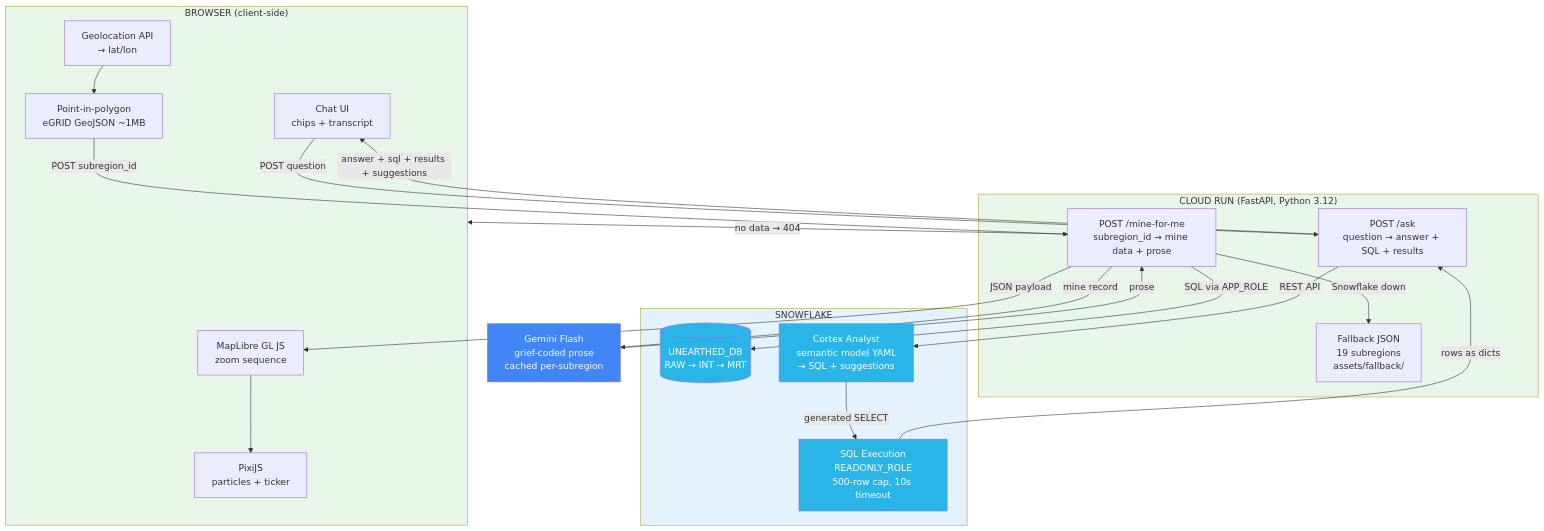
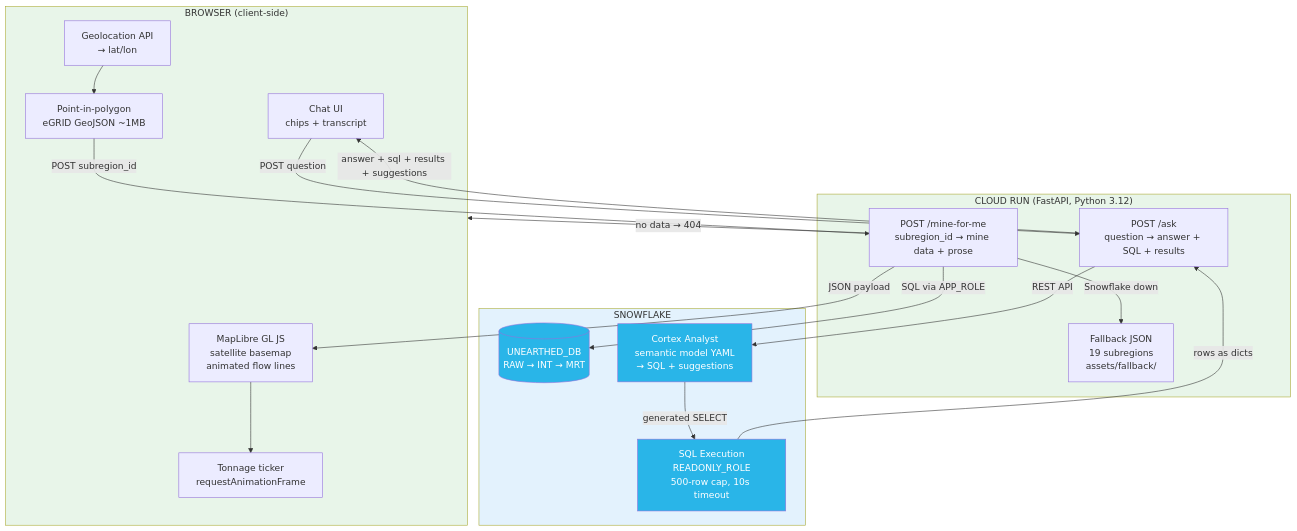
One commit to anchildress1/unearthed changed the first of 3 diagrams in system-diagram.md. Above: the diagram before and after it, drawn with Mermaid. The commit also changed other lines of this file and 24 other files, not shown here.

````diff
--- a/system-diagram.md
+++ b/system-diagram.md
@@ -5,47 +5,42 @@
 ```mermaid
 flowchart TB
     subgraph BROWSER["BROWSER (client-side)"]
         GEO[Geolocation API<br/>→ lat/lon]
         PIP[Point-in-polygon<br/>eGRID GeoJSON ~1MB]
-        MAP[MapLibre GL JS<br/>zoom sequence]
-        PIX[PixiJS<br/>particles + ticker]
+        MAP[MapLibre GL JS<br/>satellite basemap<br/>animated flow lines]
+        TICKER[Tonnage ticker<br/>requestAnimationFrame]
         CHAT[Chat UI<br/>chips + transcript]
         GEO --> PIP
     end
 
     subgraph API["CLOUD RUN (FastAPI, Python 3.12)"]
         MINE_EP[POST /mine-for-me<br/>subregion_id → mine data + prose]
         ASK_EP[POST /ask<br/>question → answer + SQL + results]
         FALLBACK[Fallback JSON<br/>19 subregions<br/>assets/fallback/]
     end
 
     subgraph SNOW["SNOWFLAKE"]
         DB[(UNEARTHED_DB<br/>RAW → INT → MRT)]
         CORTEX[Cortex Analyst<br/>semantic model YAML<br/>→ SQL + suggestions]
         RO_EXEC[SQL Execution<br/>READONLY_ROLE<br/>500-row cap, 10s timeout]
     end
 
-    GEMINI[Gemini Flash<br/>grief-coded prose<br/>cached per-subregion]
-
     PIP -->|POST subregion_id| MINE_EP
     CHAT -->|POST question| ASK_EP
     MINE_EP -->|SQL via APP_ROLE| DB
     MINE_EP -->|Snowflake down| FALLBACK
-    MINE_EP -->|mine record| GEMINI
-    GEMINI -->|prose| MINE_EP
     MINE_EP -->|JSON payload| MAP
-    MAP --> PIX
+    MAP --> TICKER
     ASK_EP -->|REST API| CORTEX
     CORTEX -->|generated SELECT| RO_EXEC
     RO_EXEC -->|rows as dicts| ASK_EP
     ASK_EP -->|answer + sql + results + suggestions| CHAT
     MINE_EP -->|no data → 404| BROWSER
 
     style DB fill:#29b5e8,color:#fff
     style CORTEX fill:#29b5e8,color:#fff
     style RO_EXEC fill:#29b5e8,color:#fff
-    style GEMINI fill:#4285f4,color:#fff
     style BROWSER fill:#e8f5e9
     style API fill:#e8f5e9
     style SNOW fill:#e3f2fd
 ```
````
